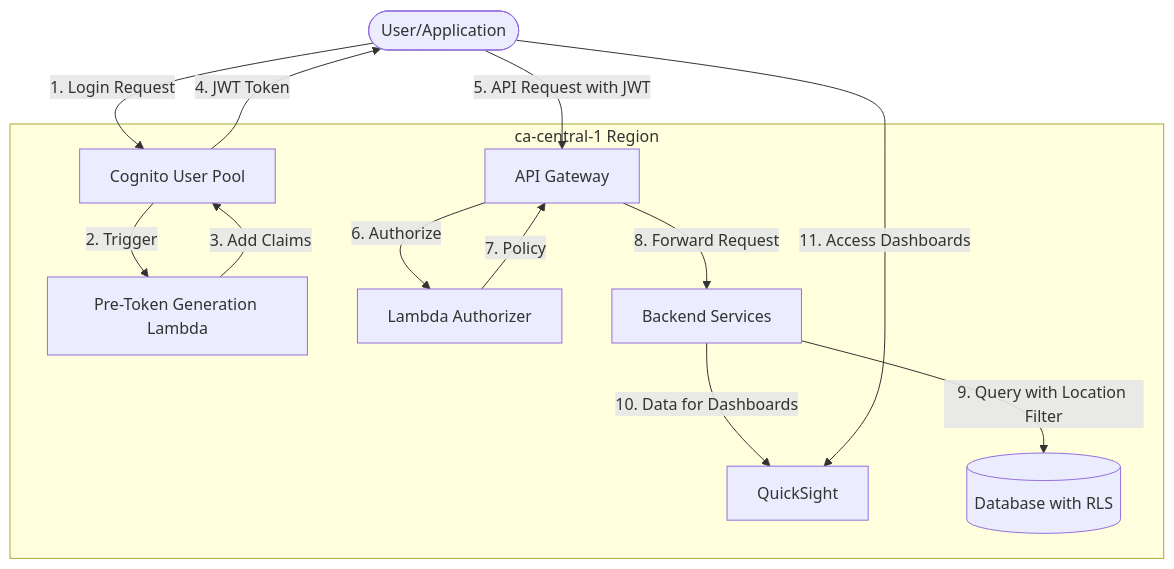
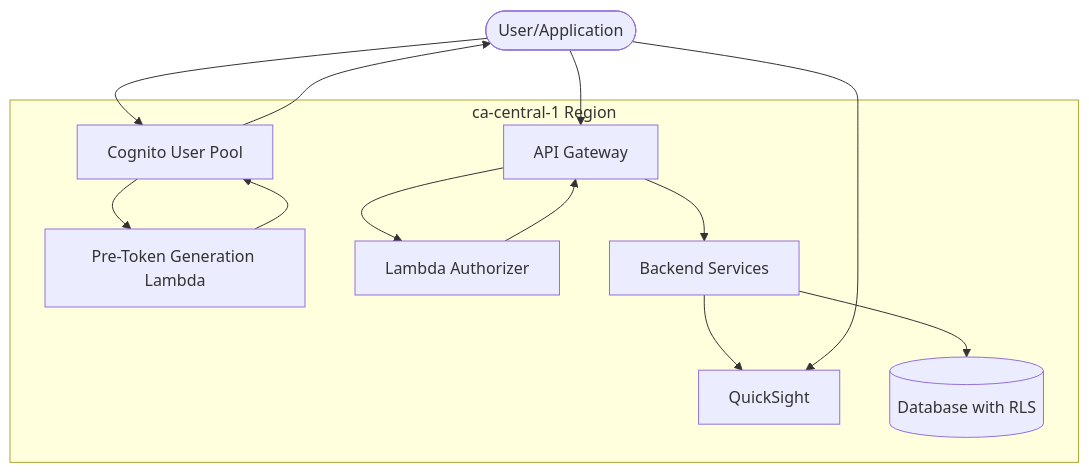
One commit to hugger-beep/private1 changed the second of 2 diagrams in alternative1.md. Above: the diagram before and after it, drawn with Mermaid.

````diff
--- a/alternative1.md
+++ b/alternative1.md
@@ -54,34 +54,34 @@
 ```mermaid
 flowchart TB
     User([User/Application])
     
     subgraph "ca-central-1 Region"
         Cognito[Cognito User Pool]
         PreTokenLambda[Pre-Token Generation Lambda]
         APIGateway[API Gateway]
         Authorizer[Lambda Authorizer]
         Backend[Backend Services]
         QuickSight[QuickSight]
         Database[(Database with RLS)]
     end
     
-    User --> |1. Login Request| Cognito
-    Cognito --> |2. Trigger| PreTokenLambda
-    PreTokenLambda --> |3. Add Claims| Cognito
-    Cognito --> |4. JWT Token| User
+    User --> Cognito
+    Cognito --> PreTokenLambda
+    PreTokenLambda --> Cognito
+    Cognito --> User
     
-    User --> |5. API Request with JWT| APIGateway
-    APIGateway --> |6. Authorize| Authorizer
+    User --> APIGateway
+    APIGateway --> Authorizer
     
-    Authorizer --> |7. Policy| APIGateway
-    APIGateway --> |8. Forward Request| Backend
+    Authorizer --> APIGateway
+    APIGateway --> Backend
     
-    Backend --> |9. Query with Location Filter| Database
-    Backend --> |10. Data for Dashboards| QuickSight
+    Backend --> Database
+    Backend --> QuickSight
     
-    User --> |11. Access Dashboards| QuickSight
+    User --> QuickSight
     
     class User,Cognito,PreTokenLambda fill:#f9f,stroke:#333,stroke-width:2px
     class APIGateway,Authorizer,Backend fill:#bbf,stroke:#333,stroke-width:2px
     class QuickSight,Database fill:#bfb,stroke:#333,stroke-width:2px
 ```
````
